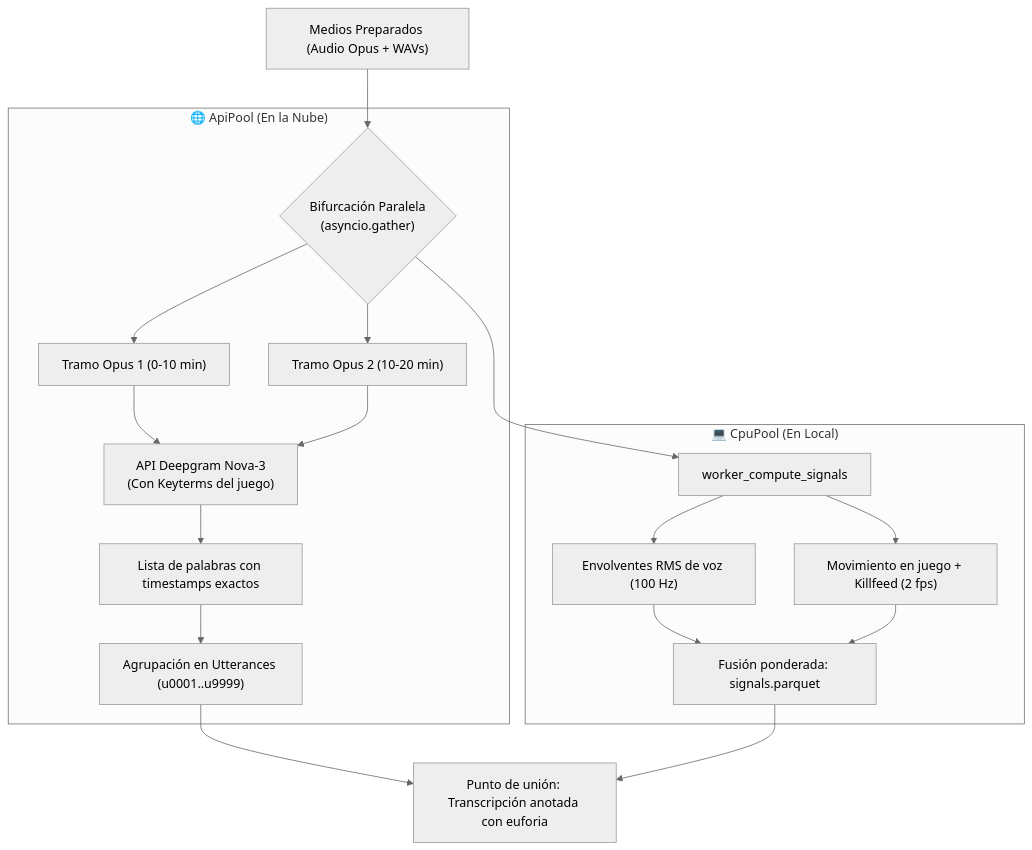
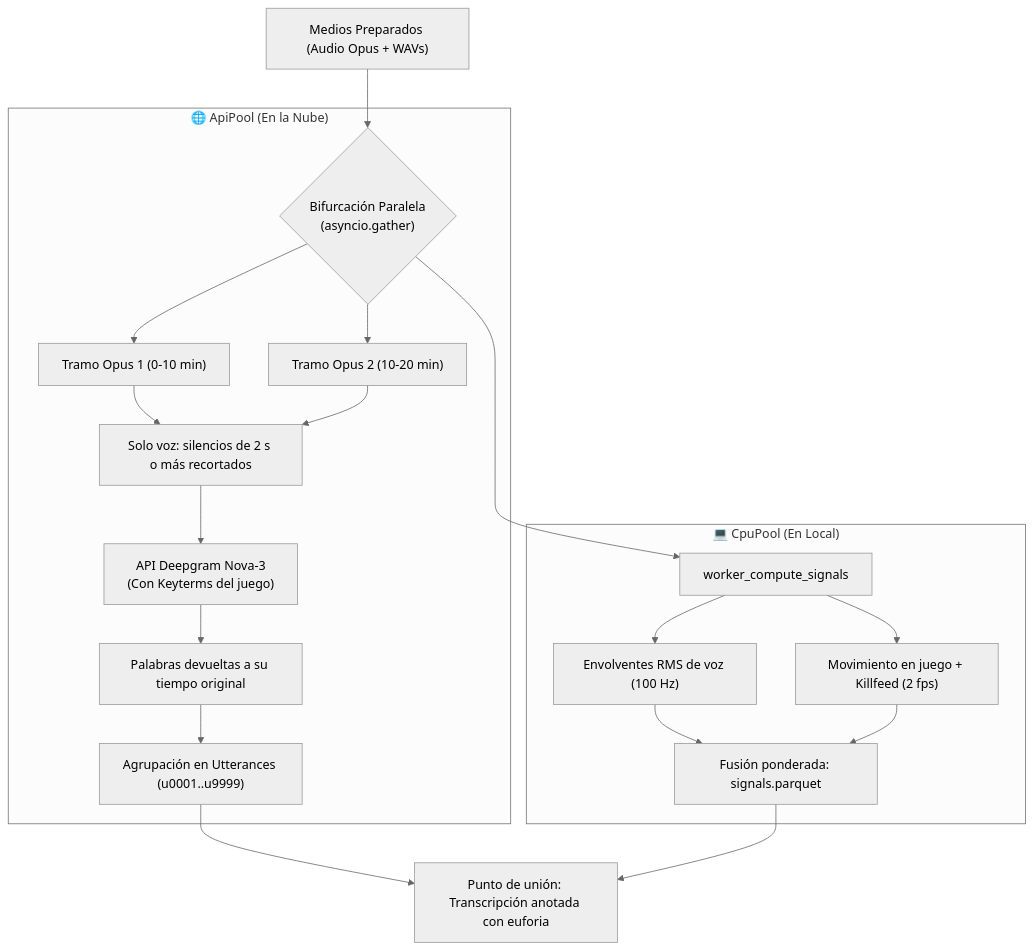
Before and after one commit to SebzSGC/Content-Projects: the diagram in FarmClips/vault/30 - Flujos y procesos/Flujo 2 Transcripción y Señales.md, drawn with Mermaid (neutral theme). The commit also changed other lines of this file and 4 other files, not shown here.

First line of the commit message:
docs(vault): documenta transcripción solo de voz y costo real de gemini v2.5.1

````diff
--- a/FarmClips/vault/30 - Flujos y procesos/Flujo 2 Transcripción y Señales.md
+++ b/FarmClips/vault/30 - Flujos y procesos/Flujo 2 Transcripción y Señales.md
@@ -20,24 +20,25 @@
 ```mermaid
 flowchart TD
     PREP["Medios Preparados (Audio Opus + WAVs)"] --> SPLIT{"Bifurcación Paralela<br/>(asyncio.gather)"}
     
     subgraph Nube["🌐 ApiPool (En la Nube)"]
         SPLIT --> T1["Tramo Opus 1 (0-10 min)"]
         SPLIT --> T2["Tramo Opus 2 (10-20 min)"]
-        T1 --> STT["API Deepgram Nova-3<br/>(Con Keyterms del juego)"]
-        T2 --> STT
-        STT --> WORDS["Lista de palabras con timestamps exactos"]
+        T1 --> VOZ["Solo voz: silencios de 2 s o más recortados"]
+        T2 --> VOZ
+        VOZ --> STT["API Deepgram Nova-3<br/>(Con Keyterms del juego)"]
+        STT --> WORDS["Palabras devueltas a su tiempo original"]
         WORDS --> UTTS["Agrupación en Utterances (u0001..u9999)"]
     end
 
     subgraph Local["💻 CpuPool (En Local)"]
         SPLIT --> SIG_WORKER["worker_compute_signals"]
         SIG_WORKER --> RMS["Envolventes RMS de voz (100 Hz)"]
         SIG_WORKER --> OPENCV["Movimiento en juego + Killfeed (2 fps)"]
         RMS --> PARQ["Fusión ponderada: signals.parquet"]
         OPENCV --> PARQ
     end
 
     UTTS --> JOIN["Punto de unión: Transcripción anotada con euforia"]
     PARQ --> JOIN
 ```
````
